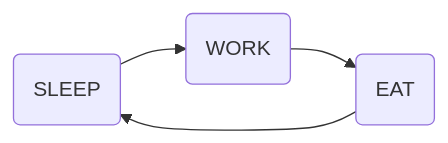
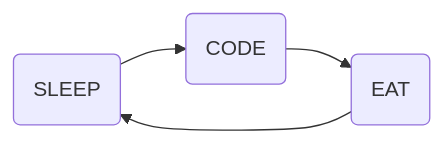
Before and after one commit to Nothing-avil/Nothing-avil: the diagram in README.md, drawn with Mermaid. The commit also changed other lines of this file, not shown here.

````diff
--- a/README.md
+++ b/README.md
@@ -75,7 +77,7 @@
 ```mermaid
 flowchart LR
 
-A(SLEEP) -->B(WORK)
+A(SLEEP) -->B(CODE)
 B --> C(EAT)
 C -->A
 ```
````
